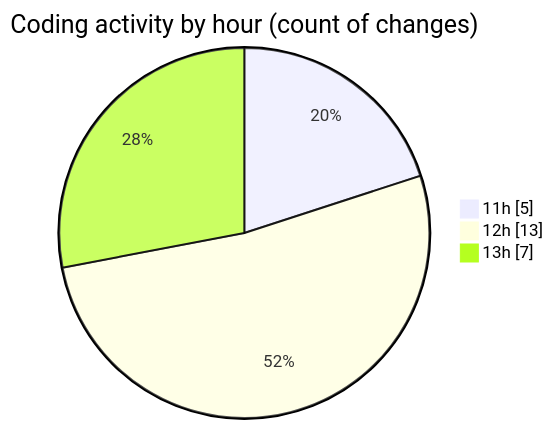
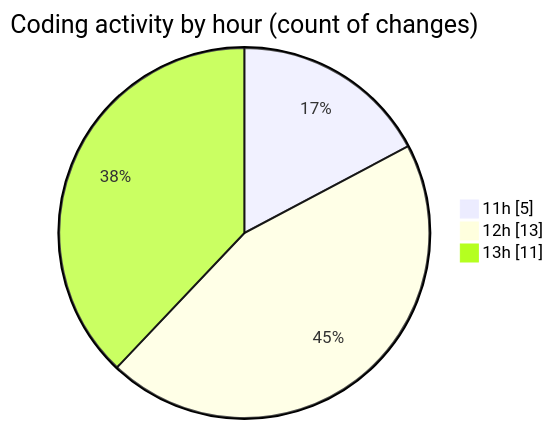
One commit to nxtqubesakshisongat/code-tracking changed the second of 2 diagrams in 2025-08-06/nxtqube_webapp/README.md. Above: the diagram before and after it, drawn with Mermaid. The commit also changed other lines of this file and 1 other file, not shown here.

````diff
--- a/2025-08-06/nxtqube_webapp/README.md
+++ b/2025-08-06/nxtqube_webapp/README.md
@@ -37,7 +38,7 @@
 ```mermaid
 pie showData
 title Coding activity by hour (count of changes)
 "11h" : 5
 "12h" : 13
-"13h" : 7
+"13h" : 11
 ```
````
